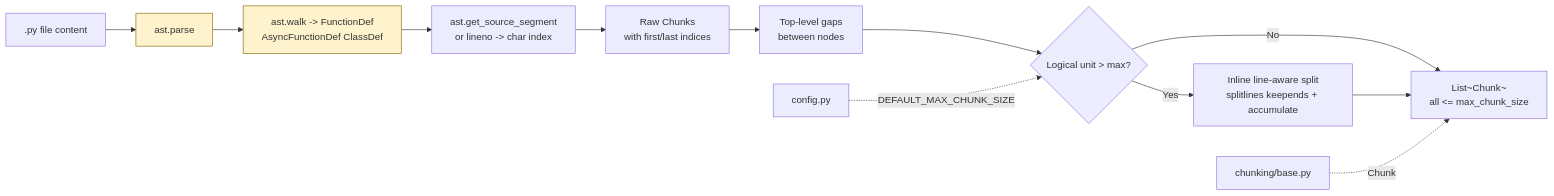
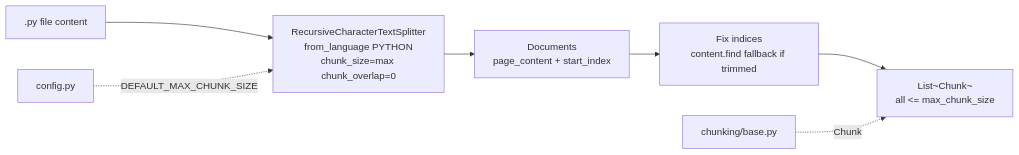
One commit to Yahyaoui7/42_RAG changed the diagram in docs/architecture/chunking-python.md. Above: the diagram before and after it, drawn with Mermaid. The commit also changed other lines of this file and 14 other files, not shown here.

Commit message:
tokenize the chunk and index them and save them    them i create the main function as enterpoint use the fire library to take the first index argument to build all what did said before in this commit

````diff
--- a/docs/architecture/chunking-python.md
+++ b/docs/architecture/chunking-python.md
@@ -9,19 +9,9 @@
 ```mermaid
 graph LR
-    FILE[.py file content] --> PARSE[ast.parse]
-    PARSE --> WALK[ast.walk -> FunctionDef<br/>AsyncFunctionDef ClassDef]
-    WALK --> SEG[ast.get_source_segment<br/>or lineno -> char index]
-    SEG --> RAW[Raw Chunks<br/>with first/last indices]
-    RAW --> GAP[Top-level gaps<br/>between nodes]
-    GAP --> INLINE{Logical unit > max?}
-    INLINE -->|No| OUT[List~Chunk~<br/>all <= max_chunk_size]
-    INLINE -->|Yes| LINESPLIT[Inline line-aware split<br/>splitlines keepends + accumulate]
-    LINESPLIT --> OUT
-
-    CFG[config.py] -. DEFAULT_MAX_CHUNK_SIZE .-> INLINE
+    FILE[.py file content] --> SPLIT["RecursiveCharacterTextSplitter<br/>from_language PYTHON<br/>chunk_size=max chunk_overlap=0"]
+    SPLIT --> DOCS["Documents<br/>page_content + start_index"]
+    DOCS --> FIX["Fix indices<br/>content.find fallback if trimmed"]
+    FIX --> OUT["List~Chunk~<br/>all <= max_chunk_size"]
+    CFG[config.py] -. DEFAULT_MAX_CHUNK_SIZE .-> SPLIT
     BASE[chunking/base.py] -. Chunk .-> OUT
-
-    classDef warn fill:#fff3cd,stroke:#856404
-    class PARSE warn
-    class WALK warn
 ```
````
